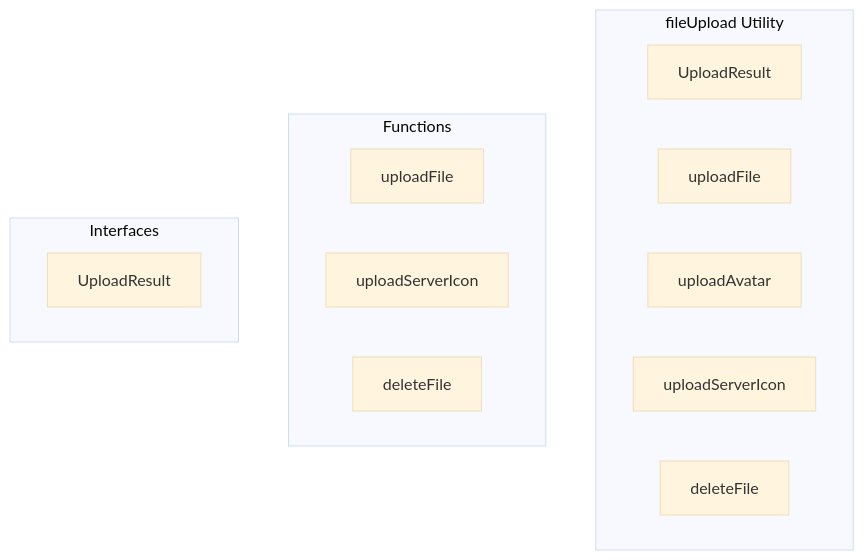
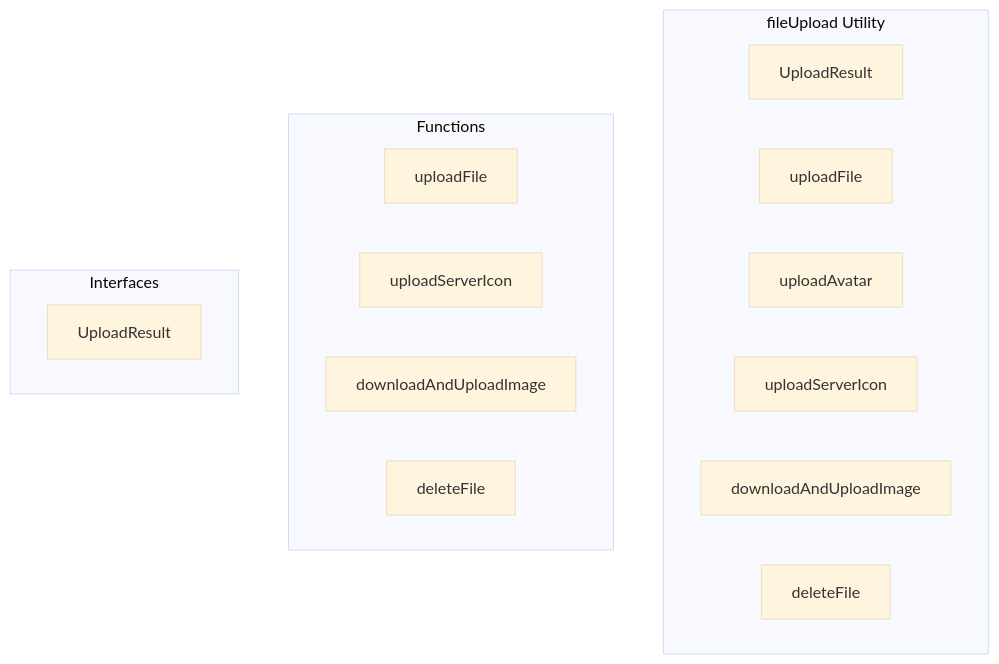
One commit to y4my4my4m/harmony changed the diagram in docs/api/utils/fileupload.md. Above: the diagram before and after it, drawn with Mermaid (base theme). The commit also changed other lines of this file and 211 other files, not shown here.

````diff
--- a/docs/api/utils/fileupload.md
+++ b/docs/api/utils/fileupload.md
@@ -7,20 +7,22 @@
 ```mermaid
 graph TB
     subgraph "fileUpload Utility"
         UPLOADRESULT[UploadResult]
         UPLOADFILE[uploadFile]
         UPLOADAVATAR[uploadAvatar]
         UPLOADSERVERICON[uploadServerIcon]
+        DOWNLOADANDUPLOADIMAGE[downloadAndUploadImage]
         DELETEFILE[deleteFile]
     end
     
     subgraph "Functions"
         FN_UPLOADFILE[uploadFile]
         FN_UPLOADSERVERICON[uploadServerIcon]
+        FN_DOWNLOADANDUPLOADIMAGE[downloadAndUploadImage]
         FN_DELETEFILE[deleteFile]
     end
     
     subgraph "Interfaces"
         INT_UPLOADRESULT[UploadResult]
     end
 ```
````
